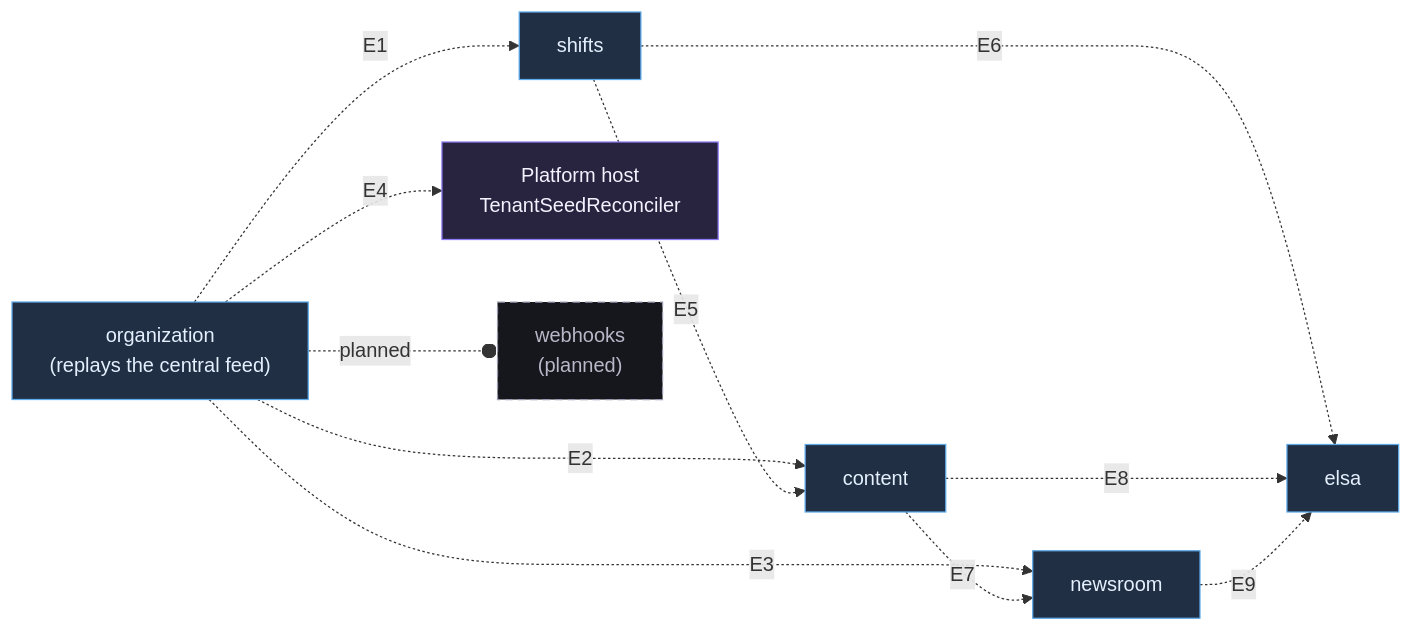
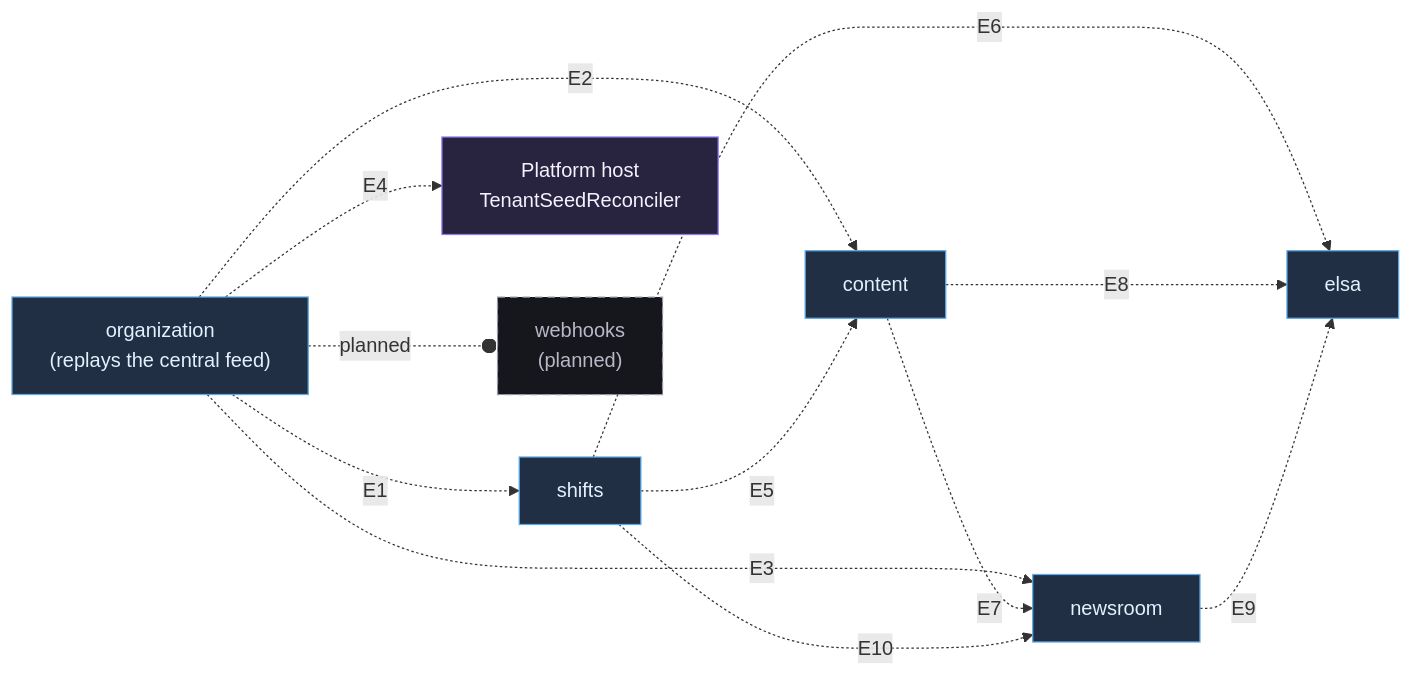
The fifth of 6 diagrams in docs/astro-modular-blazor-docs/curved-chasm/src/content/docs/architecture/module-dependencies.md (soft-square-net/ModularBlazor.Platform), drawn with Mermaid before and after one commit. The commit also changed other lines of this file and 5 other files, not shown here.

First line of the commit message:
Bring the architecture pages up to NewsRoom N3 and Elsa E2

````diff
--- a/docs/astro-modular-blazor-docs/curved-chasm/src/content/docs/architecture/module-dependencies.md
+++ b/docs/astro-modular-blazor-docs/curved-chasm/src/content/docs/architecture/module-dependencies.md
@@ -260,25 +262,26 @@
 ```mermaid
 flowchart LR
   Org["organization<br/>(replays the central feed)"]:::custom
   Sh["shifts"]:::custom
   Co["content"]:::custom
   Nr["newsroom"]:::custom
   El["elsa"]:::custom
   Host["Platform host<br/>TenantSeedReconciler"]:::core
   Hooks["webhooks<br/>(planned)"]:::planned
 
   Org -.->|E1| Sh
   Org -.->|E2| Co
   Org -.->|E3| Nr
   Org -.->|E4| Host
   Sh -.->|E5| Co
   Sh -.->|E6| El
   Co -.->|E7| Nr
   Co -.->|E8| El
   Nr -.->|E9| El
+  Sh -.->|E10| Nr
   Org -.-o|planned| Hooks
 
   classDef core fill:#28243f,stroke:#8b7cf6,color:#f4f2ff
   classDef custom fill:#202f43,stroke:#5da9e9,color:#e5f0ff
   classDef planned fill:#16161d,stroke:#9a9bb3,stroke-dasharray:6 4,color:#b8b8c8
 ```
````
